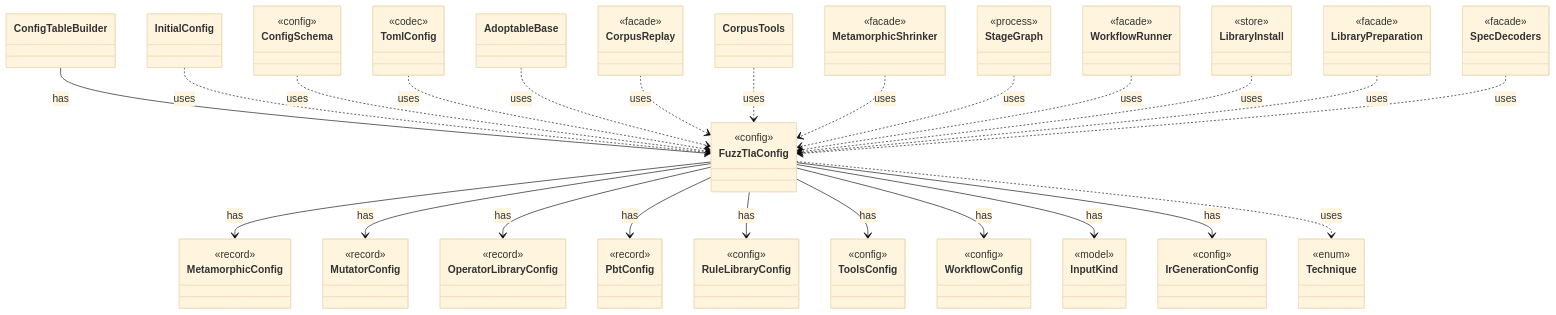
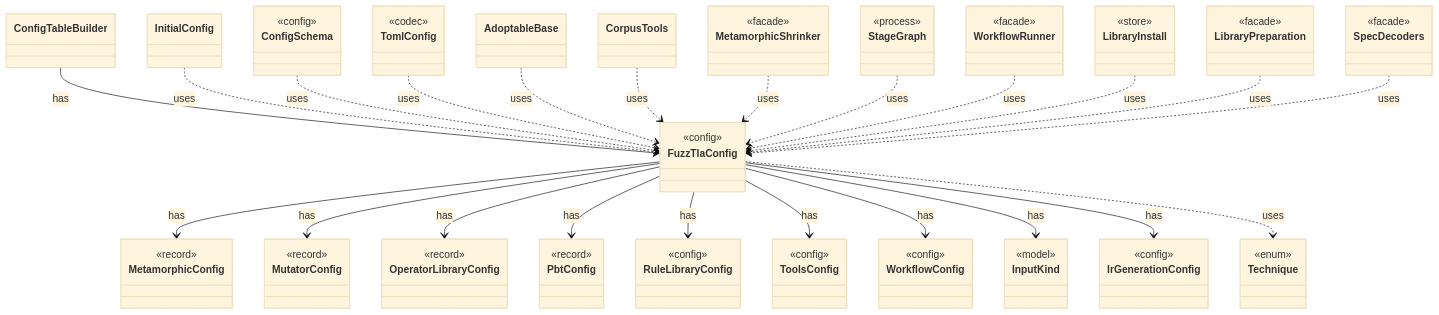
One commit to tlaplus/model-checker-hardening changed the diagram in dev/types/io.github.tlaplus.hardening.config.FuzzTlaConfig.md. Above: the diagram before and after it, drawn with Mermaid (base theme). The commit also changed other lines of this file and 408 other files, not shown here.

```diff
--- a/dev/types/io.github.tlaplus.hardening.config.FuzzTlaConfig.md
+++ b/dev/types/io.github.tlaplus.hardening.config.FuzzTlaConfig.md
@@ -48,9 +48,6 @@
     <<codec>>
   }
   class AdoptableBase
-  class CorpusReplay {
-    <<facade>>
-  }
   class CorpusTools
   class MetamorphicShrinker {
     <<facade>>
@@ -85,7 +82,6 @@
   ConfigSchema ..> FuzzTlaConfig : uses
   TomlConfig ..> FuzzTlaConfig : uses
   AdoptableBase ..> FuzzTlaConfig : uses
-  CorpusReplay ..> FuzzTlaConfig : uses
   CorpusTools ..> FuzzTlaConfig : uses
   MetamorphicShrinker ..> FuzzTlaConfig : uses
   StageGraph ..> FuzzTlaConfig : uses
```
